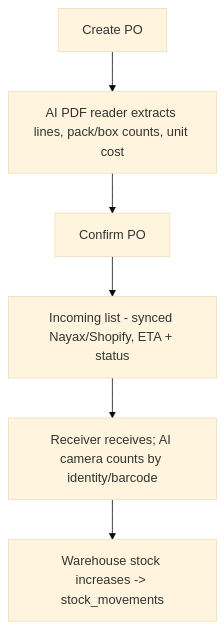
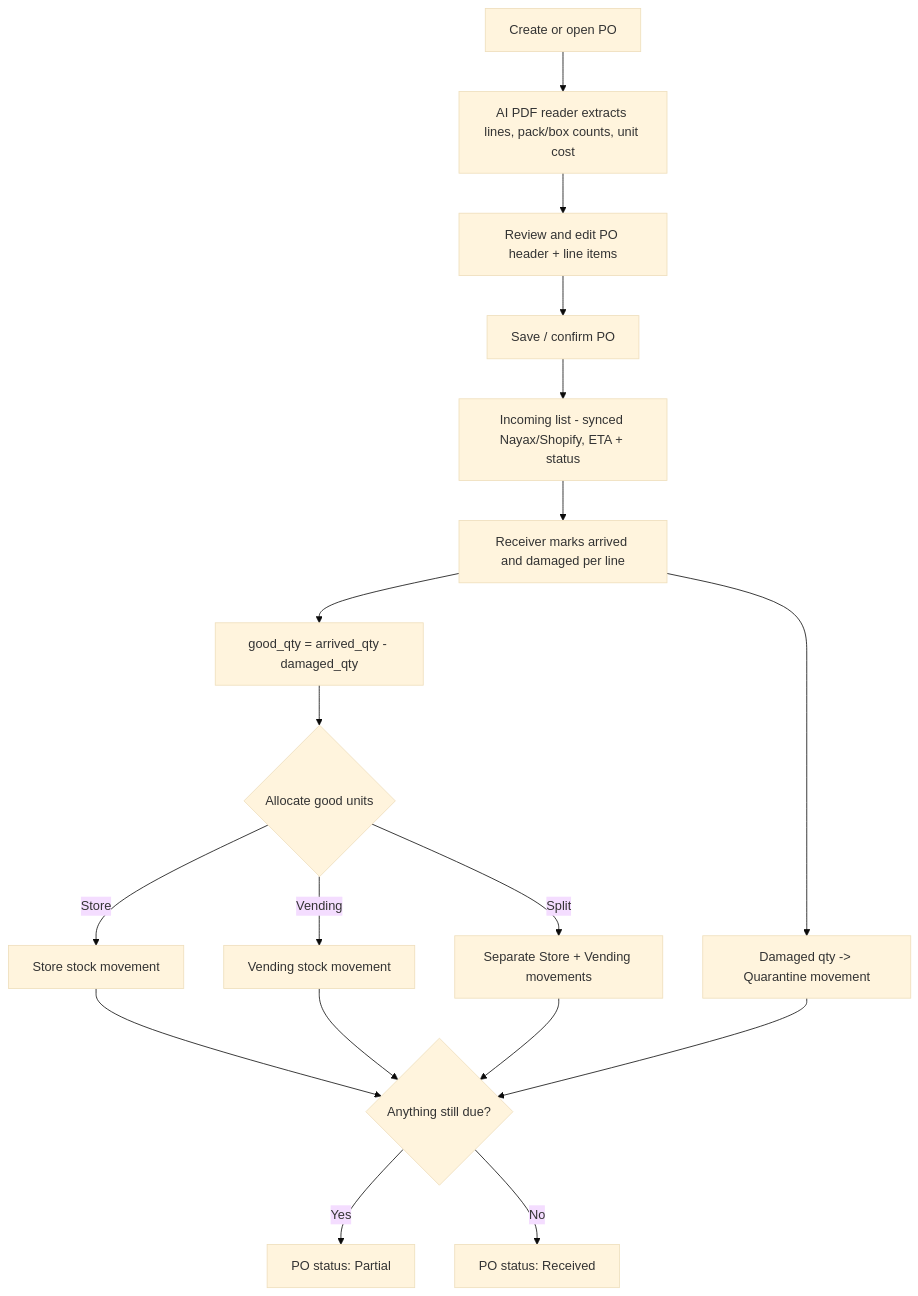
The sixth of 7 diagrams in BUILD-PLAN.md (josh441/gameguys-proposed-ui), drawn with Mermaid (base theme) before and after one commit. The commit also changed other lines of this file and 4 other files, not shown here.

````diff
--- a/BUILD-PLAN.md
+++ b/BUILD-PLAN.md
@@ -231,8 +247,20 @@
 ```mermaid
 flowchart TD
-  PO[Create PO] --> AIP[AI PDF reader extracts lines, pack/box counts, unit cost]
-  AIP --> CF[Confirm PO]
+  PO[Create or open PO] --> AIP[AI PDF reader extracts lines, pack/box counts, unit cost]
+  AIP --> EDIT[Review and edit PO header + line items]
+  EDIT --> CF[Save / confirm PO]
   CF --> INC[Incoming list - synced Nayax/Shopify, ETA + status]
-  INC --> RCV[Receiver receives; AI camera counts by identity/barcode]
-  RCV --> WH[Warehouse stock increases -> stock_movements]
+  INC --> RCV[Receiver marks arrived and damaged per line]
+  RCV --> GOOD[good_qty = arrived_qty - damaged_qty]
+  GOOD --> ALLOC{Allocate good units}
+  ALLOC -- Store --> ST[Store stock movement]
+  ALLOC -- Vending --> VN[Vending stock movement]
+  ALLOC -- Split --> BOTH[Separate Store + Vending movements]
+  RCV --> DMG[Damaged qty -> Quarantine movement]
+  ST --> STATUS{Anything still due?}
+  VN --> STATUS
+  BOTH --> STATUS
+  DMG --> STATUS
+  STATUS -- Yes --> PART[PO status: Partial]
+  STATUS -- No --> DONE[PO status: Received]
 ```
````
